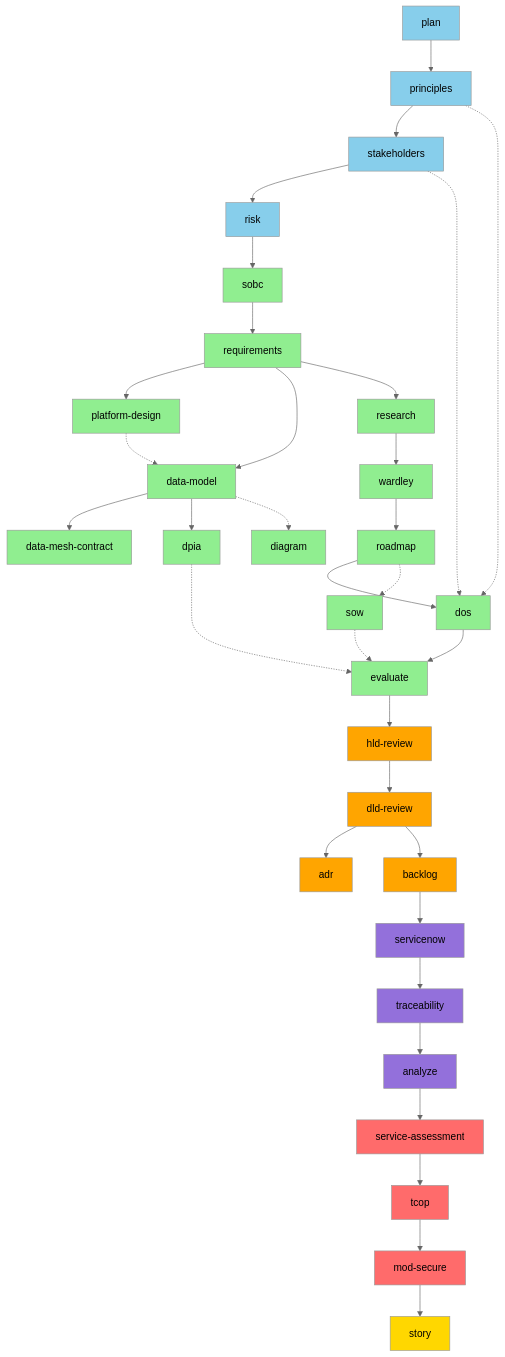
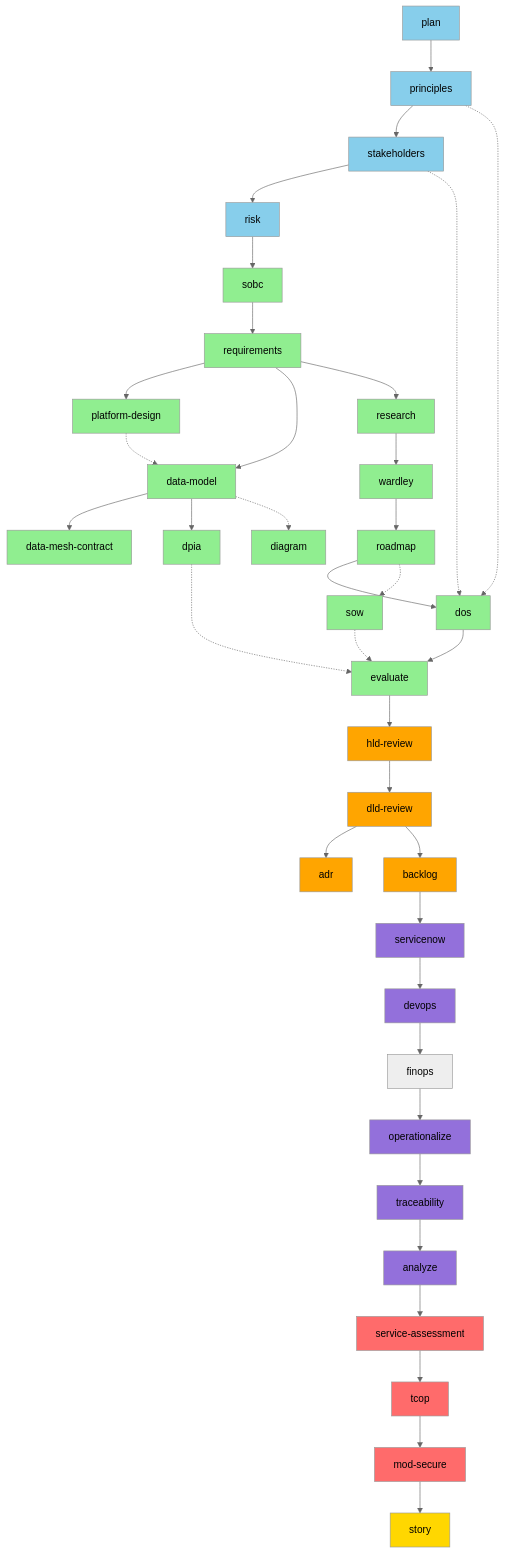
Before and after one commit to tractorjuice/arckit-test-project-v11-national-highways-data: the fourth of 9 diagrams in WORKFLOW-DIAGRAMS.md, drawn with Mermaid (neutral theme). The commit also changed other lines of this file and 5 other files, not shown here.

```diff
--- a/WORKFLOW-DIAGRAMS.md
+++ b/WORKFLOW-DIAGRAMS.md
@@ -330,7 +347,10 @@
 
     %% Tier 8-9: Operations & Quality
     T --> V[servicenow]
-    V --> W[traceability]
+    V --> V1[devops]
+    V1 --> V1a[finops]
+    V1a --> V2[operationalize]
+    V2 --> W[traceability]
     W --> X[analyze]
 
     %% Tier 10: MOD Compliance
@@ -363,6 +383,8 @@
     style T fill:#FFA500
     style U fill:#90EE90
     style V fill:#9370DB
+    style V1 fill:#9370DB
+    style V2 fill:#9370DB
     style W fill:#9370DB
     style X fill:#9370DB
     style Y fill:#FF6B6B
```
